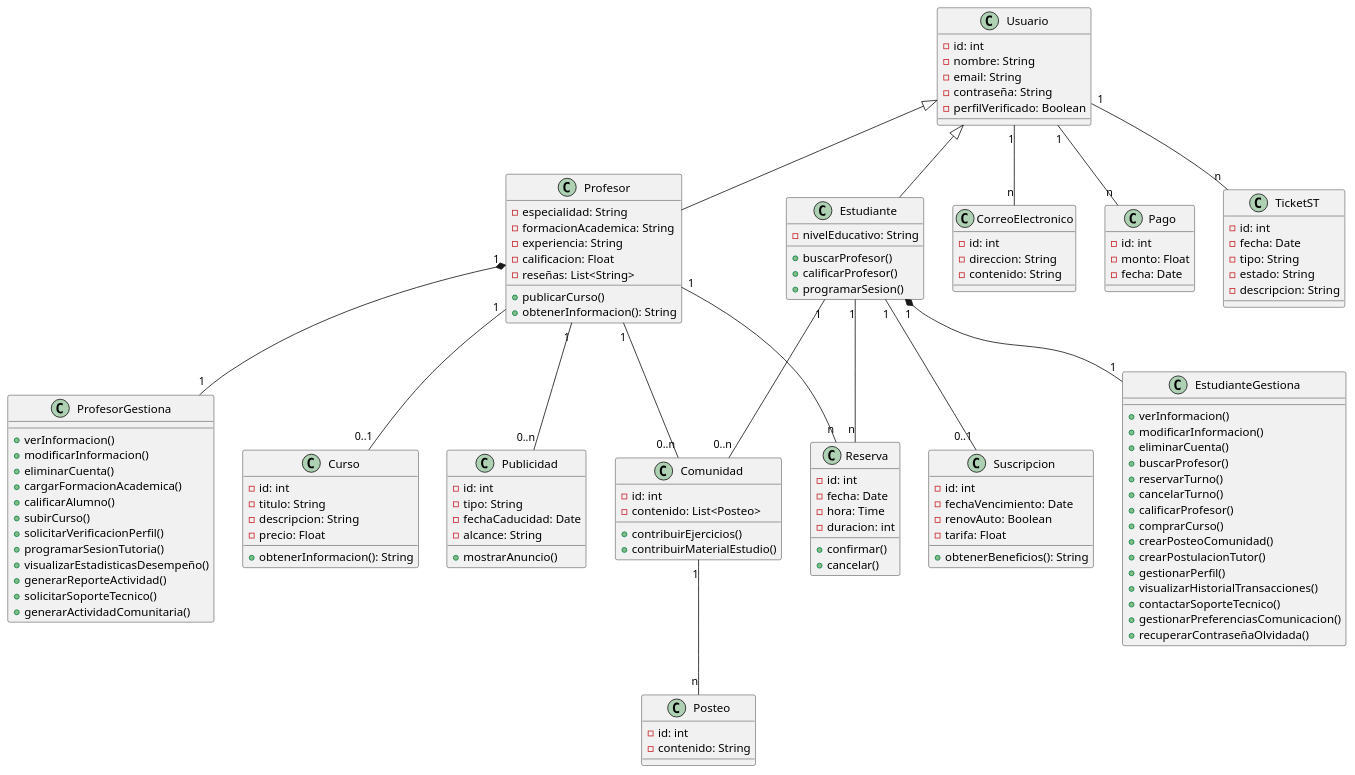
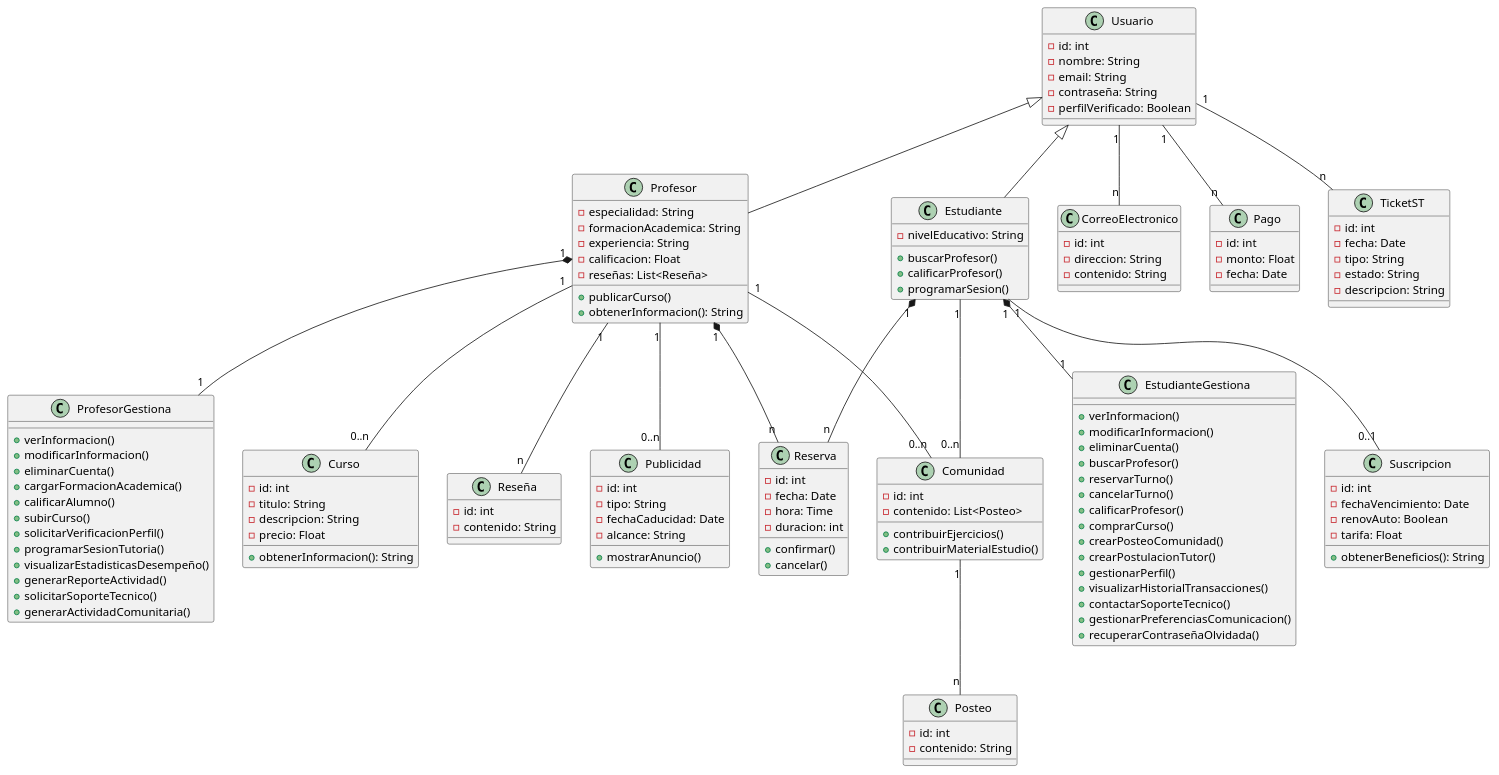
One commit to ZavSan95/ADESIII changed the diagram in diagramaClases.puml. Above: the diagram before and after it, drawn with PlantUML.

```diff
--- a/diagramaClases.puml
+++ b/diagramaClases.puml
@@ -1,144 +1,150 @@
 @startuml
 
 class Usuario {
     - id: int
     - nombre: String
     - email: String
     - contraseña: String
     - perfilVerificado: Boolean
 }
 
 class Profesor extends Usuario {
     - especialidad: String
     - formacionAcademica: String
     - experiencia: String
     - calificacion: Float
-    - reseñas: List<String>
+    - reseñas: List<Reseña>
     + publicarCurso()
     + obtenerInformacion(): String
 }
 
 class Estudiante extends Usuario {
     - nivelEducativo: String
     + buscarProfesor()
     + calificarProfesor()
     + programarSesion()
 }
 
 class EstudianteGestiona {
     + verInformacion()
     + modificarInformacion()
     + eliminarCuenta()
     + buscarProfesor()
     + reservarTurno()
     + cancelarTurno()
     + calificarProfesor()
     + comprarCurso()
     + crearPosteoComunidad()
     + crearPostulacionTutor()
     + gestionarPerfil()
     + visualizarHistorialTransacciones()
     + contactarSoporteTecnico()
     + gestionarPreferenciasComunicacion()
     + recuperarContraseñaOlvidada()
 }
 
 class ProfesorGestiona {
     + verInformacion()
     + modificarInformacion()
     + eliminarCuenta()
     + cargarFormacionAcademica()
     + calificarAlumno()
     + subirCurso()
     + solicitarVerificacionPerfil()
     + programarSesionTutoria()
     + visualizarEstadisticasDesempeño()
     + generarReporteActividad()
     + solicitarSoporteTecnico()
     + generarActividadComunitaria()
 }
 
 class Curso {
     -id: int
     - titulo: String
     - descripcion: String
     - precio: Float
     + obtenerInformacion(): String
 }
 
 class Reserva {
     - id: int
     - fecha: Date
     - hora: Time
     - duracion: int
     + confirmar()
     + cancelar()
 }
 
+class Reseña {
+    -id: int
+    -contenido: String
+}
+
 class Posteo {
     - id: int
     - contenido: String
 }
 
 class Comunidad {
     -id: int
     -contenido: List<Posteo>
     + contribuirEjercicios()
     + contribuirMaterialEstudio()
 }
 
 class CorreoElectronico {
     - id: int
     - direccion: String
     - contenido: String
 }
 
 class Pago{
 
     -id: int
     -monto: Float
     -fecha: Date
 
 }
 
 class TicketST{
 
     -id: int
     -fecha: Date
     -tipo: String
     -estado: String
     -descripcion: String
 }
 
 class Publicidad {
     - id: int
     - tipo: String
     - fechaCaducidad: Date
     - alcance: String
     + mostrarAnuncio()
 }
 
 class Suscripcion {
     -id: int
     -fechaVencimiento: Date
     -renovAuto: Boolean
     - tarifa: Float
     + obtenerBeneficios(): String
 }
 
 Profesor "1" *-- "1" ProfesorGestiona
-Profesor "1" -- "0..1" Curso
-Profesor "1" -- "n" Reserva
+Profesor "1" -- "0..n" Curso
+Profesor "1" *-- "n" Reserva
+Profesor "1" -- "n" Reseña
 Profesor "1" -- "0..n" Publicidad
 Profesor "1" -- "0..n" Comunidad
 Estudiante "1" *-- "1" EstudianteGestiona
-Estudiante "1" -- "n" Reserva
+Estudiante "1" *-- "n" Reserva
 Estudiante "1" -- "0..n" Comunidad
 Estudiante "1" -- "0..1" Suscripcion
 Usuario "1" -- "n" CorreoElectronico
 Usuario "1" -- "n" Pago
 Usuario "1" -- "n" TicketST
 Comunidad "1" -- "n" Posteo
 
 
 @enduml
```
